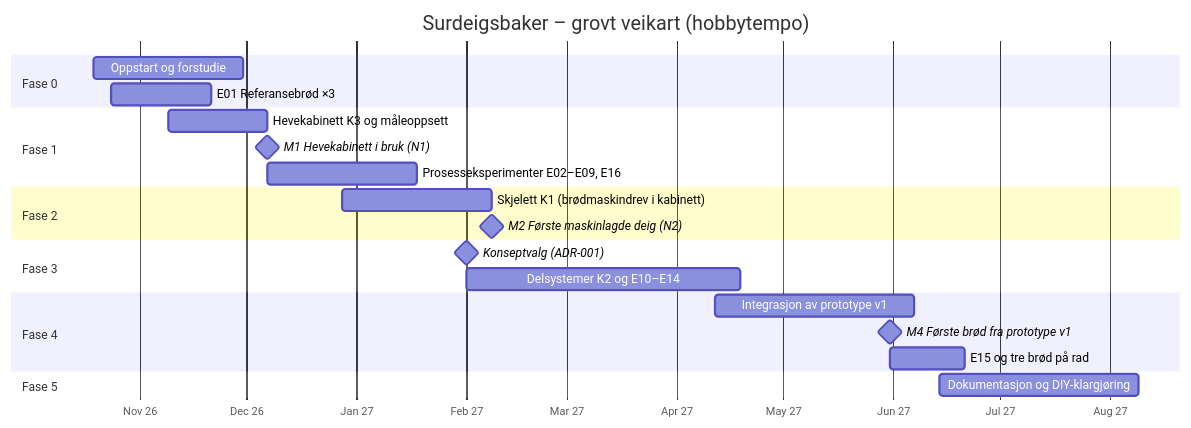
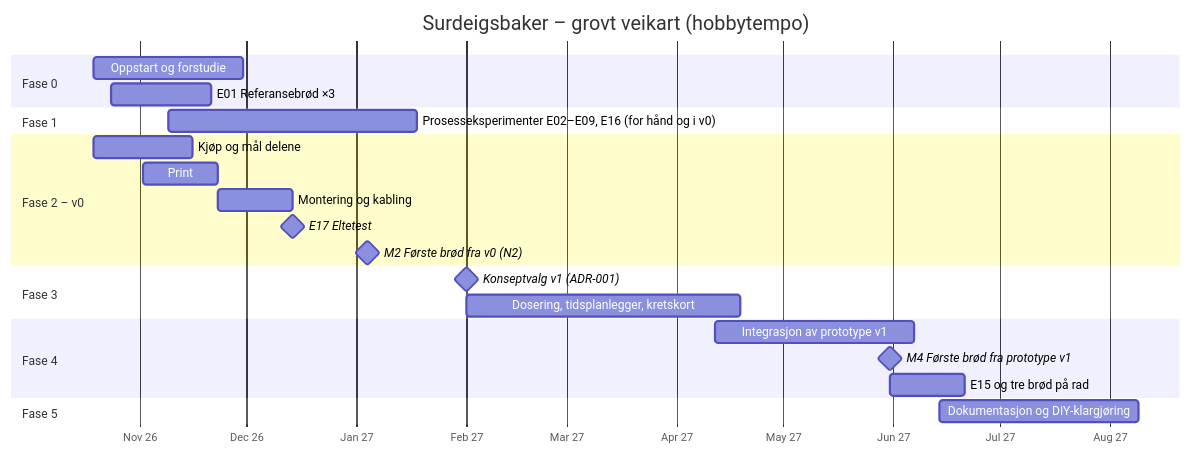
One commit to erikhafnor/surdeigsbaker changed the diagram in docs/04-veikart.md. Above: the diagram before and after it, drawn with Mermaid. The commit also changed other lines of this file and 106 other files, not shown here.

First line of the commit message:
Legg til første maskindesign (v0) og fjern kjøling fra planen

````diff
--- a/docs/04-veikart.md
+++ b/docs/04-veikart.md
@@ -7,25 +9,26 @@
 ```mermaid
 gantt
     title Surdeigsbaker – grovt veikart (hobbytempo)
     dateFormat  YYYY-MM-DD
     axisFormat  %b %y
     section Fase 0
     Oppstart og forstudie               :f0, 2026-10-19, 6w
     E01 Referansebrød ×3                :e01, 2026-10-24, 4w
     section Fase 1
-    Hevekabinett K3 og måleoppsett      :f1a, 2026-11-09, 4w
-    M1 Hevekabinett i bruk (N1)         :milestone, m1, 2026-12-07, 0d
-    Prosesseksperimenter E02–E09, E16   :f1b, after f1a, 6w
-    section Fase 2
-    Skjelett K1 (brødmaskindrev i kabinett) :f2, 2026-12-28, 6w
-    M2 Første maskinlagde deig (N2)     :milestone, m2, 2027-02-08, 0d
+    Prosesseksperimenter E02–E09, E16 (for hånd og i v0) :f1b, 2026-11-09, 10w
+    section Fase 2 – v0
+    Kjøp og mål delene                  :v0a, 2026-10-19, 4w
+    Print                               :v0b, 2026-11-02, 3w
+    Montering og kabling                :v0c, 2026-11-23, 3w
+    E17 Eltetest                        :milestone, e17, 2026-12-14, 0d
+    M2 Første brød fra v0 (N2)          :milestone, m2, 2027-01-04, 0d
     section Fase 3
-    Konseptvalg (ADR-001)               :milestone, m3, 2027-02-01, 0d
-    Delsystemer K2 og E10–E14           :f3, 2027-02-01, 11w
+    Konseptvalg v1 (ADR-001)            :milestone, m3, 2027-02-01, 0d
+    Dosering, tidsplanlegger, kretskort :f3, 2027-02-01, 11w
     section Fase 4
     Integrasjon av prototype v1         :f4, 2027-04-12, 8w
     M4 Første brød fra prototype v1     :milestone, m4, 2027-05-31, 0d
     E15 og tre brød på rad              :f4b, 2027-05-31, 3w
     section Fase 5
     Dokumentasjon og DIY-klargjøring    :f5, 2027-06-14, 8w
 ```
````
